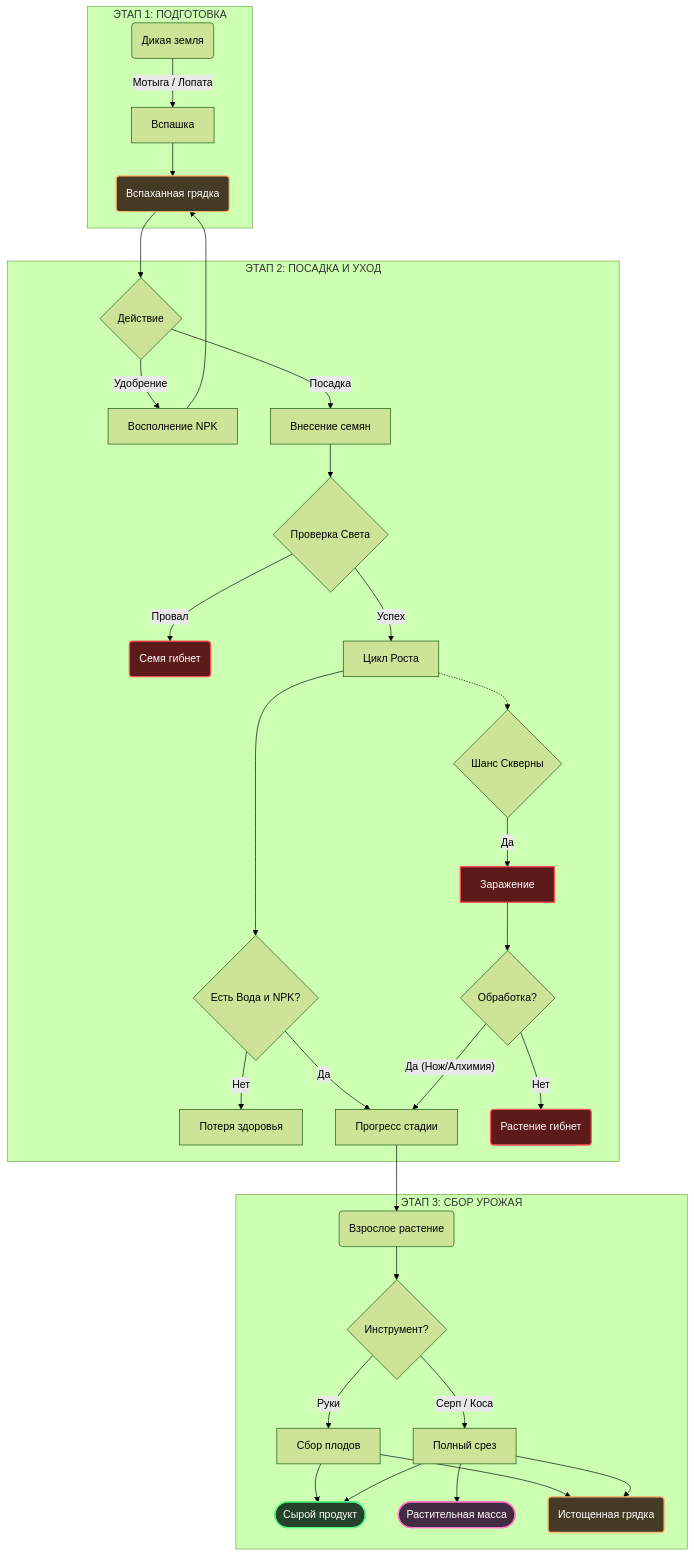
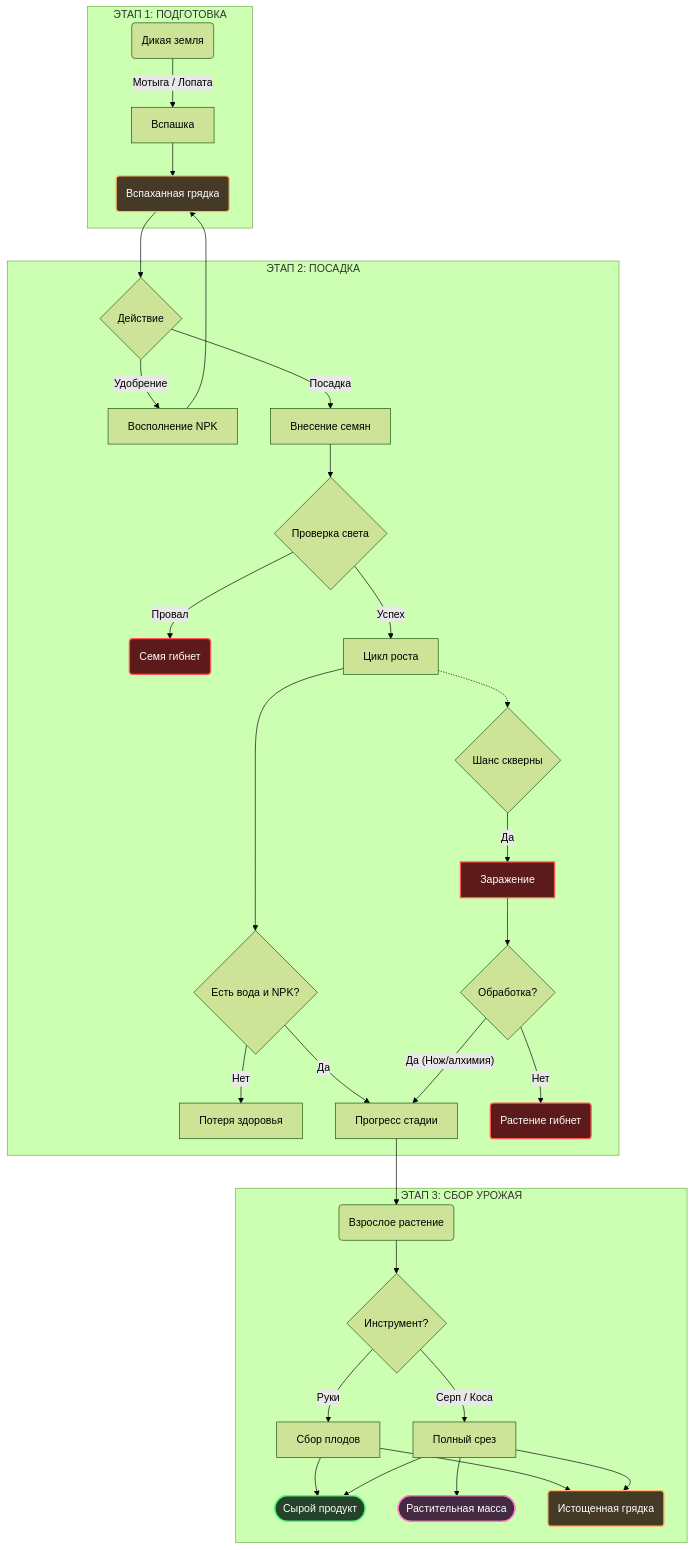
One commit to Shelkarian/Shelkarian.github.io changed the diagram in src/industry/farming.md. Above: the diagram before and after it, drawn with Mermaid (forest theme).

````diff
--- a/src/industry/farming.md
+++ b/src/industry/farming.md
@@ -53,51 +53,51 @@
 ```mermaid
 graph TD
     %% СТИЛИ (Dark Mode Optimized)
     classDef resource fill:#442a42,stroke:#ff79c6,stroke-width:2px,color:#fff;
     classDef station fill:#453a25,stroke:#ffb86c,stroke-width:2px,color:#fff;
     classDef tool fill:#1e3a4c,stroke:#8be9fd,stroke-width:2px,color:#fff;
     classDef result fill:#25422a,stroke:#50fa7b,stroke-width:2px,color:#fff;
     classDef danger fill:#5c1a1a,stroke:#ff5555,stroke-width:2px,color:#fff;
     
     subgraph STAGE1["ЭТАП 1: ПОДГОТОВКА"]
         Ground(Дикая земля) -->|Мотыга / Лопата| Dig[Вспашка]
         Dig --> Soil(Вспаханная грядка):::station
     end
 
-    subgraph STAGE2["ЭТАП 2: ПОСАДКА И УХОД"]
+    subgraph STAGE2["ЭТАП 2: ПОСАДКА"]
         Soil --> Action{Действие}
         
         Action -- "Удобрение" --> AddStats[Восполнение NPK]
         AddStats --> Soil
         
         Action -- "Посадка" --> Seed[Внесение семян]
-        Seed --> LightCheck{Проверка Света}
+        Seed --> LightCheck{Проверка света}
         
         LightCheck -- "Провал" --> DeathLight(Семя гибнет):::danger
-        LightCheck -- "Успех" --> GrowPhase[Цикл Роста]
+        LightCheck -- "Успех" --> GrowPhase[Цикл роста]
         
-        GrowPhase --> Consume{Есть Вода и NPK?}
+        GrowPhase --> Consume{Есть вода и NPK?}
         Consume -- "Нет" --> LoseHP[Потеря здоровья]
         Consume -- "Да" --> GainGrow[Прогресс стадии]
         
-        GrowPhase -.-> BlightEvent{Шанс Скверны}
+        GrowPhase -.-> BlightEvent{Шанс скверны}
         BlightEvent -- "Да" --> Blight[Заражение]:::danger
         Blight --> Cure{Обработка?}
         Cure -- "Нет" --> DeathBlight(Растение гибнет):::danger
-        Cure -- "Да (Нож/Алхимия)" --> GainGrow
+        Cure -- "Да (Нож/алхимия)" --> GainGrow
     end
 
     subgraph STAGE3["ЭТАП 3: СБОР УРОЖАЯ"]
         GainGrow --> Mature(Взрослое растение)
         Mature --> Harvest{Инструмент?}
         
         Harvest -- "Руки" --> HandGather[Сбор плодов]
         HandGather --> RawFood([Сырой продукт]):::result
         
         Harvest -- "Серп / Коса" --> ToolGather[Полный срез]
         ToolGather --> RawFood
         ToolGather --> Biomass([Растительная масса]):::resource
         
         HandGather & ToolGather --> DepletedSoil(Истощенная грядка):::station
     end
 ```
````
